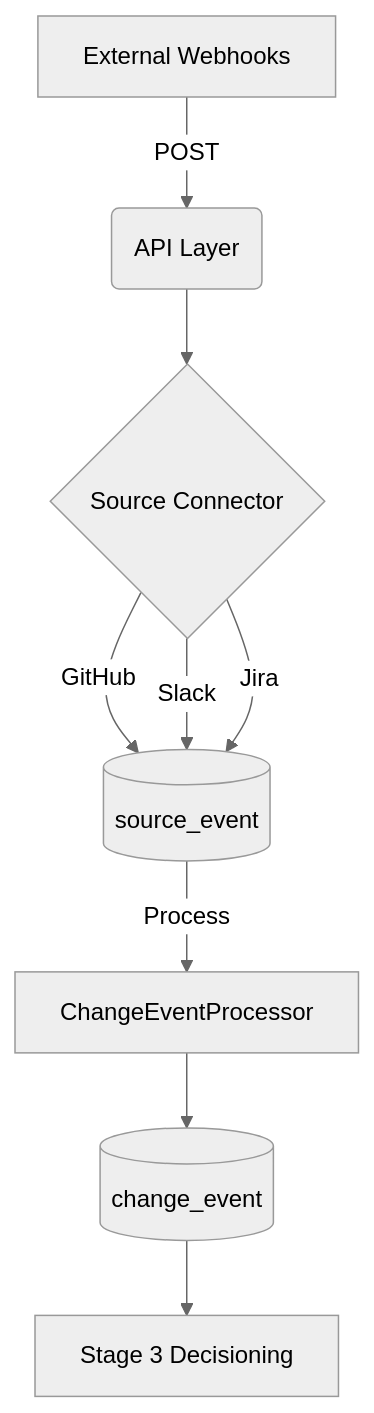
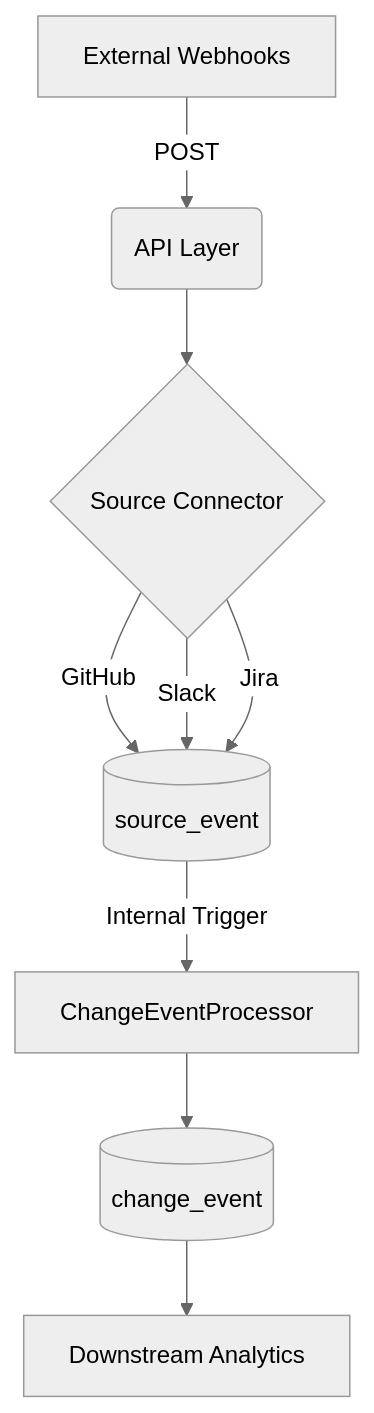
One commit to EmivaAI/emivaAI-Data_pipeline changed the diagram in README.md. Above: the diagram before and after it, drawn with Mermaid (neutral theme). The commit also changed other lines of this file, not shown here.

````diff
--- a/README.md
+++ b/README.md
@@ -32,11 +22,11 @@
 ```mermaid
 graph TD
     A[External Webhooks] -->|POST| B(API Layer)
     B --> C{Source Connector}
     C -->|GitHub| D[(source_event)]
     C -->|Slack| D
     C -->|Jira| D
-    D -->|Process| E[ChangeEventProcessor]
+    D -->|Internal Trigger| E[ChangeEventProcessor]
     E --> F[(change_event)]
-    F --> G[Stage 3 Decisioning]
+    F --> G[Downstream Analytics]
 ```
````
